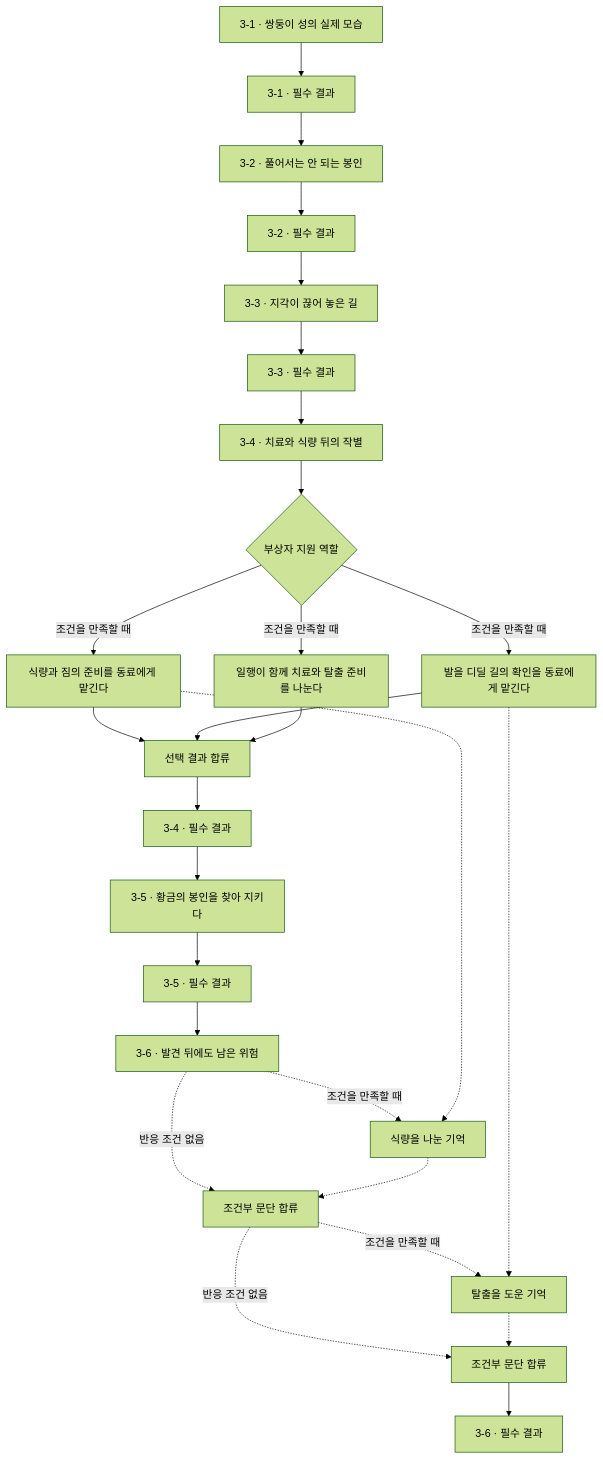
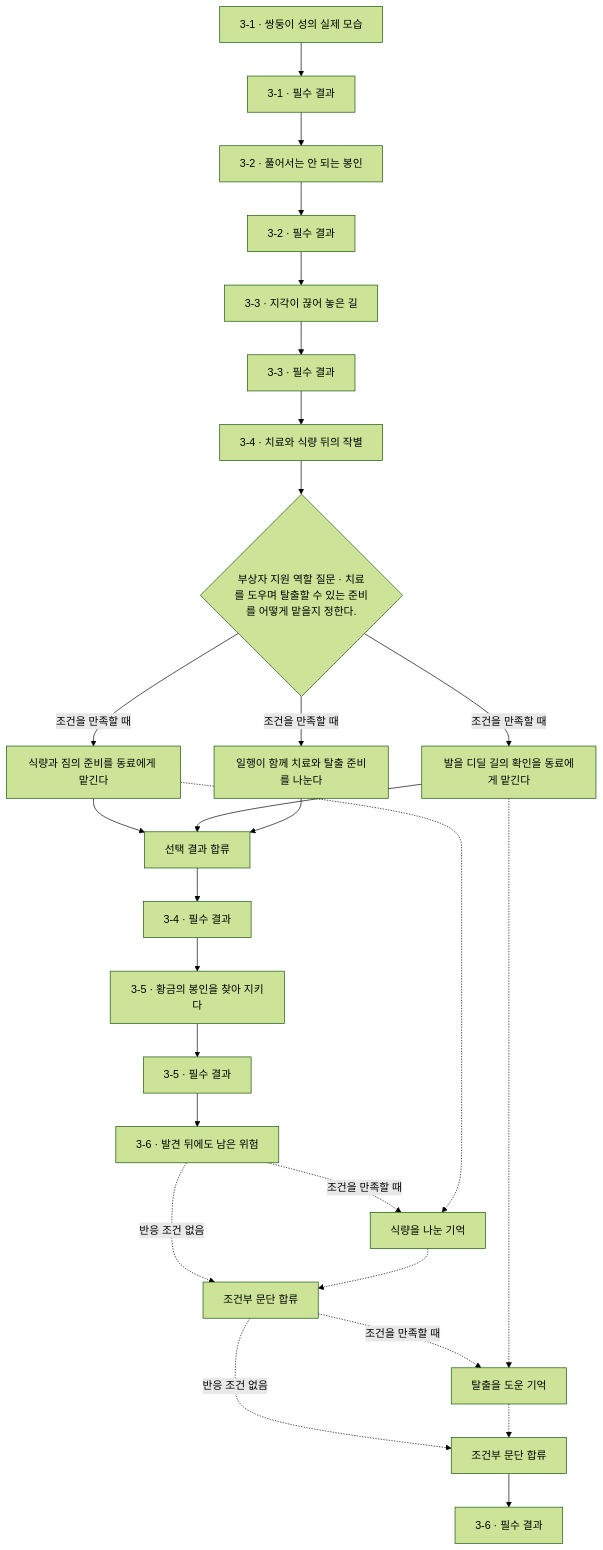
One commit to obmaz/lore changed the fifth of 17 diagrams in novel/writing/publication/generated/flow.md. Above: the diagram before and after it, drawn with Mermaid (forest theme). The commit also changed other lines of this file and 38 other files, not shown here.

````diff
--- a/novel/writing/publication/generated/flow.md
+++ b/novel/writing/publication/generated/flow.md
@@ -308,50 +314,50 @@
 ```mermaid
 flowchart TB
   n7216788685849d80["3-1 · 쌍둥이 성의 실제 모습"]
   n7a8c2b9feeae37e1["3-1 · 필수 결과"]
   ne7bfeaa76bd3fef6["3-2 · 풀어서는 안 되는 봉인"]
   n492fce4ce46bbed7["3-2 · 필수 결과"]
   ne527eca33bc8daea["3-3 · 지각이 끊어 놓은 길"]
   n2c6c014b92997d95["3-3 · 필수 결과"]
   n9685c5def288a6a2["3-4 · 치료와 식량 뒤의 작별"]
-  n0d19856f5b251974{"부상자 지원 역할"}
+  n0d19856f5b251974{"부상자 지원 역할 질문 · 치료를 도우며 탈출할 수 있는 준비를 어떻게 맡을지 정한다."}
   n100f5cade1ab879b["선택 결과 합류"]
   nff960f8679664228["식량과 짐의 준비를 동료에게 맡긴다"]
   nceecfe929496c42b["발을 디딜 길의 확인을 동료에게 맡긴다"]
   ne79c577872163da4["일행이 함께 치료와 탈출 준비를 나눈다"]
   nf59faa81c561477f["3-4 · 필수 결과"]
   nf2c3cab1e78bd1b1["3-5 · 황금의 봉인을 찾아 지키다"]
   nbb33fe7fbebd0921["3-5 · 필수 결과"]
   ne336c8ffa578ef33["3-6 · 발견 뒤에도 남은 위험"]
   nf35327c9f551feb8["식량을 나눈 기억"]
   n25b8b37767881ea0["조건부 문단 합류"]
   n182fea9dcb126804["탈출을 도운 기억"]
   n959b8112a6913dbd["조건부 문단 합류"]
   n090c500cbe4092af["3-6 · 필수 결과"]
   n7216788685849d80 --> n7a8c2b9feeae37e1
   ne7bfeaa76bd3fef6 --> n492fce4ce46bbed7
   n7a8c2b9feeae37e1 --> ne7bfeaa76bd3fef6
   ne527eca33bc8daea --> n2c6c014b92997d95
   n492fce4ce46bbed7 --> ne527eca33bc8daea
   n9685c5def288a6a2 --> n0d19856f5b251974
   n0d19856f5b251974 -->|조건을 만족할 때| nff960f8679664228
   nff960f8679664228 --> n100f5cade1ab879b
   n0d19856f5b251974 -->|조건을 만족할 때| nceecfe929496c42b
   nceecfe929496c42b --> n100f5cade1ab879b
   n0d19856f5b251974 -->|조건을 만족할 때| ne79c577872163da4
   ne79c577872163da4 --> n100f5cade1ab879b
   n100f5cade1ab879b --> nf59faa81c561477f
   n2c6c014b92997d95 --> n9685c5def288a6a2
   nf2c3cab1e78bd1b1 --> nbb33fe7fbebd0921
   nf59faa81c561477f --> nf2c3cab1e78bd1b1
   ne336c8ffa578ef33 -.->|조건을 만족할 때| nf35327c9f551feb8
   ne336c8ffa578ef33 -.->|반응 조건 없음| n25b8b37767881ea0
   nf35327c9f551feb8 -.-> n25b8b37767881ea0
   n25b8b37767881ea0 -.->|조건을 만족할 때| n182fea9dcb126804
   n25b8b37767881ea0 -.->|반응 조건 없음| n959b8112a6913dbd
   n182fea9dcb126804 -.-> n959b8112a6913dbd
   n959b8112a6913dbd --> n090c500cbe4092af
   nbb33fe7fbebd0921 --> ne336c8ffa578ef33
   nceecfe929496c42b -.-> n182fea9dcb126804
   nff960f8679664228 -.-> nf35327c9f551feb8
 ```
````
